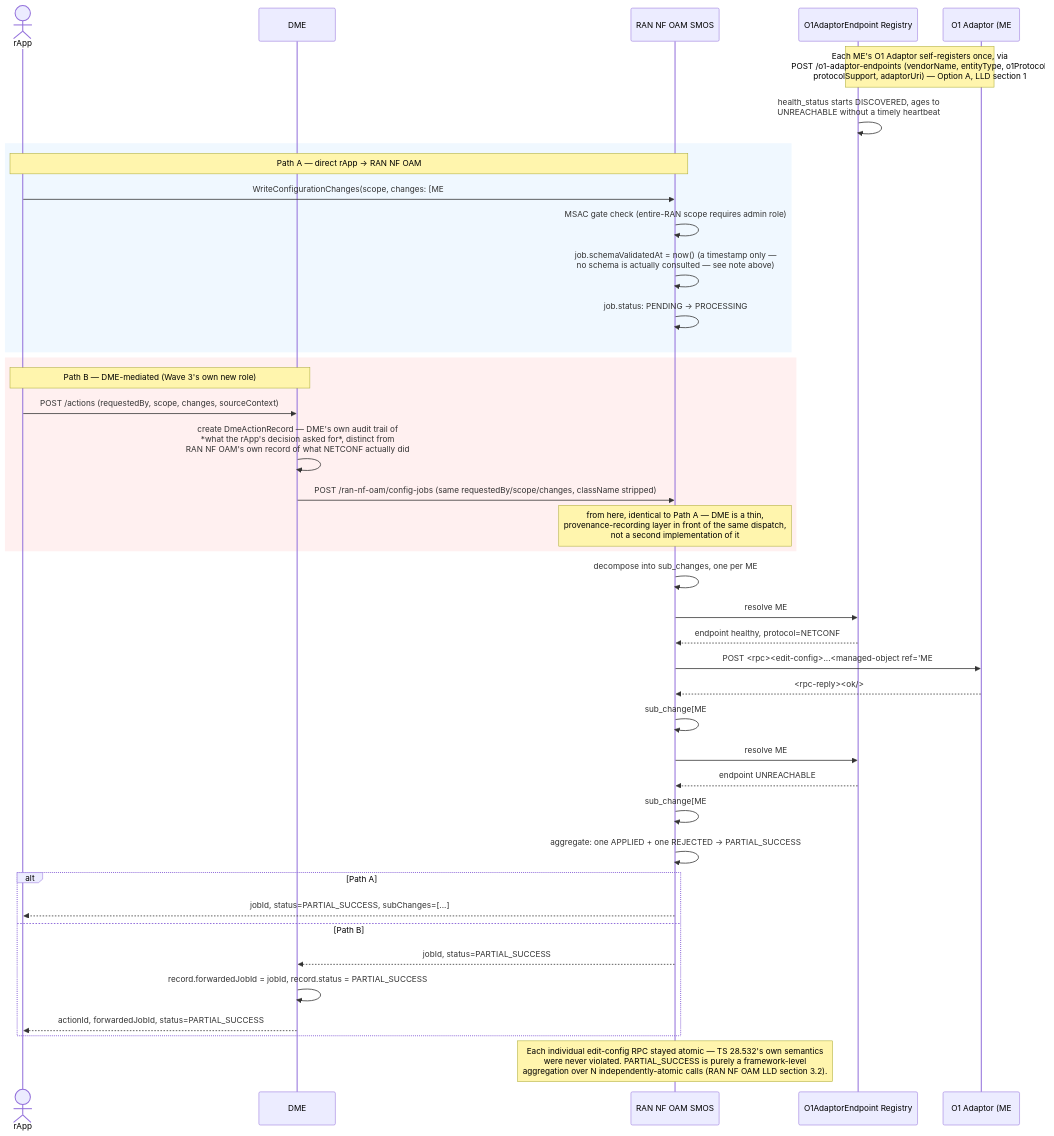
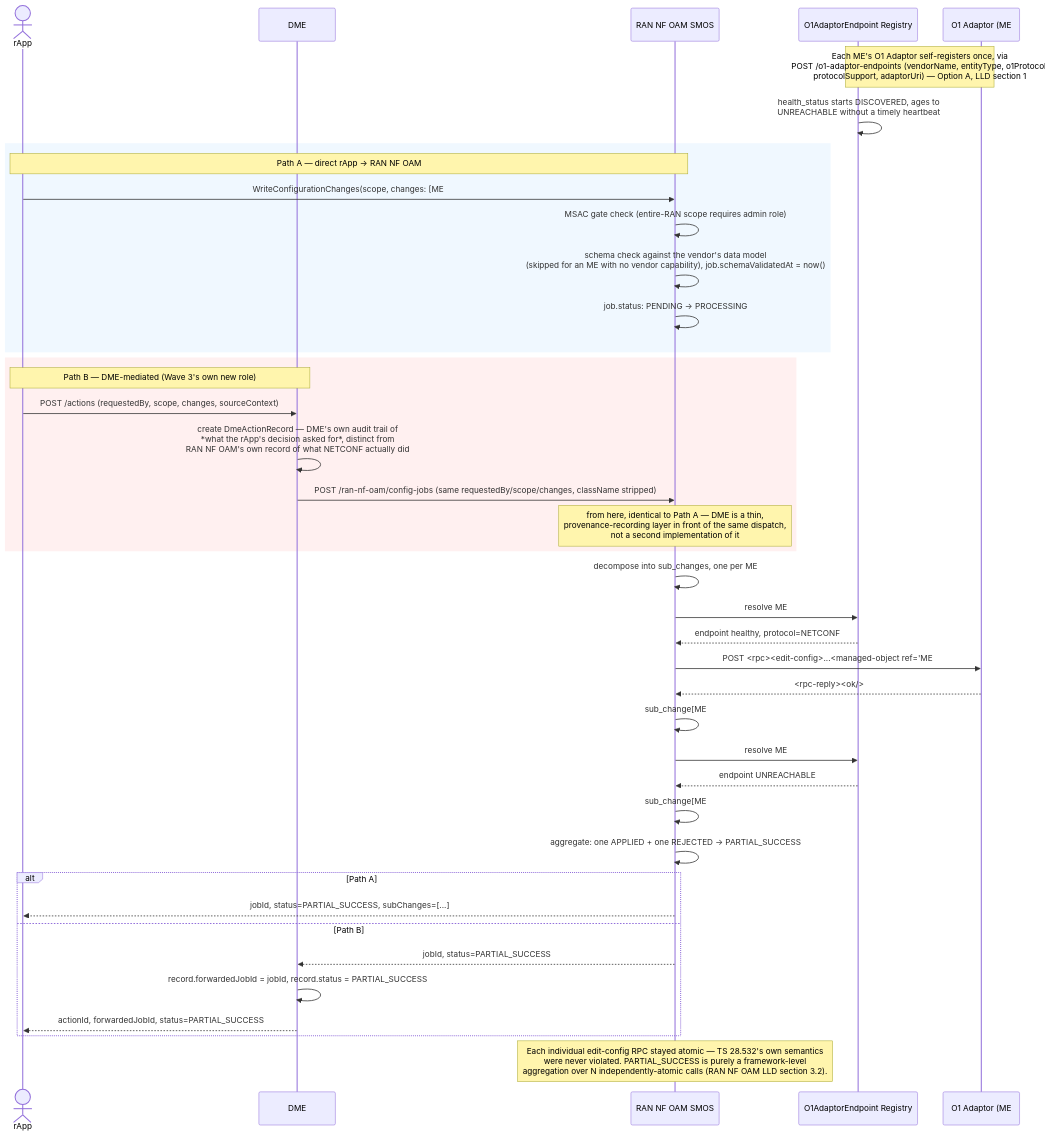
The diagram in smo/docs/call-flows/03-config-write-with-schema-check.md (rsys-bshankar/ai-ran-ref), drawn with Mermaid before and after one commit. The commit also changed other lines of this file and 24 other files, not shown here.

First line of the commit message:
Docs cleanup: call flows describe the current behaviour

````diff
--- a/smo/docs/call-flows/03-config-write-with-schema-check.md
+++ b/smo/docs/call-flows/03-config-write-with-schema-check.md
@@ -50,49 +36,49 @@
 ```mermaid
 sequenceDiagram
     actor rApp
     participant DME as DME
     participant NFOAM as RAN NF OAM SMOS
     participant Registry as O1AdaptorEndpoint Registry
     participant EP1 as O1 Adaptor (ME #1)
 
     Note over EP1,Registry: Each ME's O1 Adaptor self-registers once, via<br/>POST /o1-adaptor-endpoints (vendorName, entityType, o1Protocol,<br/>protocolSupport, adaptorUri) — Option A, LLD section 1
     Registry->>Registry: health_status starts DISCOVERED, ages to<br/>UNREACHABLE without a timely heartbeat
 
     rect rgb(240, 248, 255)
     Note over rApp,NFOAM: Path A — direct rApp -> RAN NF OAM
     rApp->>NFOAM: WriteConfigurationChanges(scope, changes: [ME#1 change, ME#2 change])
     NFOAM->>NFOAM: MSAC gate check (entire-RAN scope requires admin role)
-    NFOAM->>NFOAM: job.schemaValidatedAt = now() (a timestamp only —<br/>no schema is actually consulted — see note above)
+    NFOAM->>NFOAM: schema check against the vendor's data model<br/>(skipped for an ME with no vendor capability), job.schemaValidatedAt = now()
     NFOAM->>NFOAM: job.status: PENDING -> PROCESSING
     end
 
     rect rgb(255, 240, 240)
     Note over rApp,DME: Path B — DME-mediated (Wave 3's own new role)
     rApp->>DME: POST /actions (requestedBy, scope, changes, sourceContext)
     DME->>DME: create DmeActionRecord — DME's own audit trail of<br/>*what the rApp's decision asked for*, distinct from<br/>RAN NF OAM's own record of what NETCONF actually did
     DME->>NFOAM: POST /ran-nf-oam/config-jobs (same requestedBy/scope/changes, className stripped)
     Note over NFOAM: from here, identical to Path A — DME is a thin,<br/>provenance-recording layer in front of the same dispatch,<br/>not a second implementation of it
     end
 
     NFOAM->>NFOAM: decompose into sub_changes, one per ME
     NFOAM->>Registry: resolve ME#1's endpoint
     Registry-->>NFOAM: endpoint healthy, protocol=NETCONF
     NFOAM->>EP1: POST <rpc><edit-config>...<managed-object ref="ME#1" operation="merge">...(RFC 6241, netconf_client.py)
     EP1-->>NFOAM: <rpc-reply><ok/>
     NFOAM->>NFOAM: sub_change[ME#1].status = APPLIED
 
     NFOAM->>Registry: resolve ME#2's endpoint
     Registry-->>NFOAM: endpoint UNREACHABLE
     NFOAM->>NFOAM: sub_change[ME#2].status = REJECTED (ENDPOINT_UNREACHABLE)
 
     NFOAM->>NFOAM: aggregate: one APPLIED + one REJECTED -> PARTIAL_SUCCESS
     alt Path A
         NFOAM-->>rApp: jobId, status=PARTIAL_SUCCESS, subChanges=[...]
     else Path B
         NFOAM-->>DME: jobId, status=PARTIAL_SUCCESS
         DME->>DME: record.forwardedJobId = jobId, record.status = PARTIAL_SUCCESS
         DME-->>rApp: actionId, forwardedJobId, status=PARTIAL_SUCCESS
     end
 
     Note over NFOAM: Each individual edit-config RPC stayed atomic — TS 28.532's own semantics<br/>were never violated. PARTIAL_SUCCESS is purely a framework-level<br/>aggregation over N independently-atomic calls (RAN NF OAM LLD section 3.2).
 ```
````
